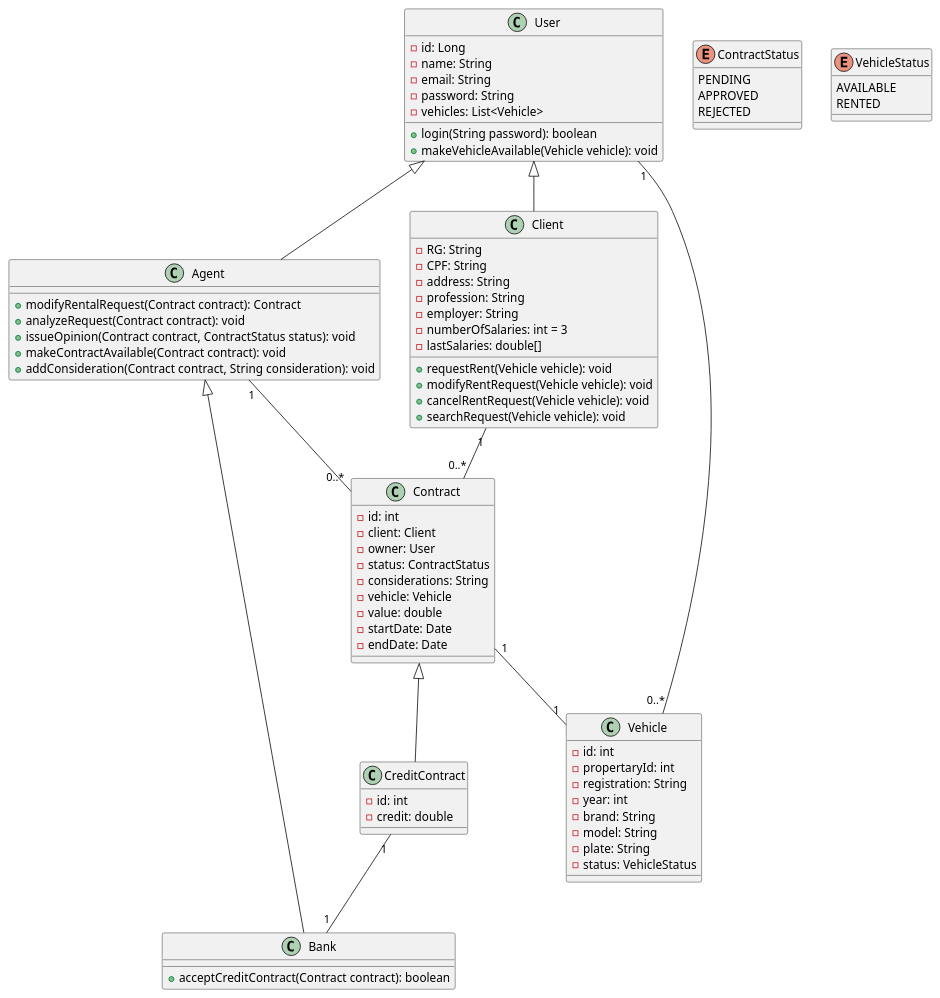
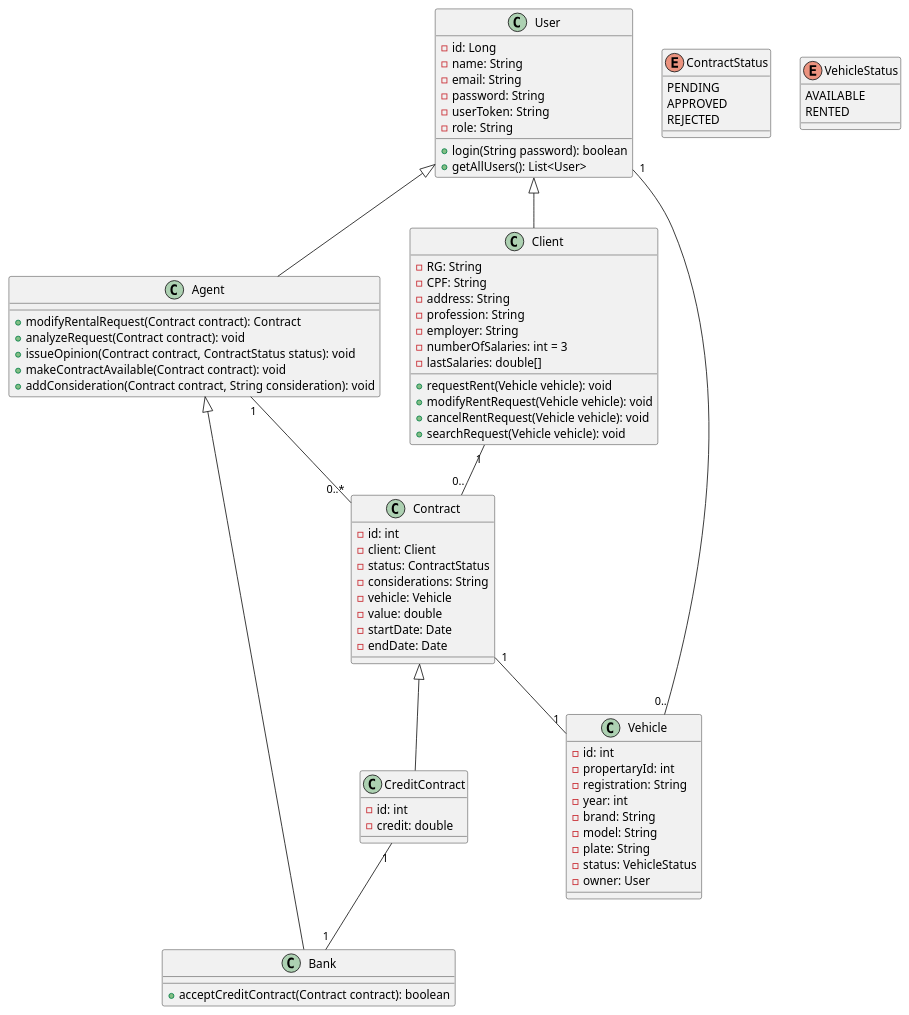
One commit to migueltico2/laboratorio-de-desenvolvimento-de-software changed the diagram in projeto 2/project/classDiagram.plantuml. Above: the diagram before and after it, drawn with PlantUML. The commit also changed 1 other file, not shown here.

Commit message:
add diagrams

```diff
--- a/projeto 2/project/classDiagram.plantuml
+++ b/projeto 2/project/classDiagram.plantuml
@@ -1,88 +1,89 @@
 @startuml
 
 class User {
     -id: Long
     -name: String
     -email: String
     -password: String
-    -vehicles: List<Vehicle>
+    -userToken: String
+    -role: String
     +login(String password): boolean
-    +makeVehicleAvailable(Vehicle vehicle): void
+    +getAllUsers(): List<User>
 }
 
 class Client {
     -RG: String
     -CPF: String
     -address: String
     -profession: String
     -employer: String
     -numberOfSalaries: int = 3
     -lastSalaries: double[]
     +requestRent(Vehicle vehicle): void
     +modifyRentRequest(Vehicle vehicle): void
     +cancelRentRequest(Vehicle vehicle): void
     +searchRequest(Vehicle vehicle): void
 }
 
 
 class Agent {
     +modifyRentalRequest(Contract contract): Contract
     +analyzeRequest(Contract contract): void
     +issueOpinion(Contract contract, ContractStatus status): void
     +makeContractAvailable(Contract contract): void
     +addConsideration(Contract contract, String consideration): void
 }
 
 class Bank {
     +acceptCreditContract(Contract contract): boolean
 }
 
 class Contract {
     -id: int
     -client: Client
-    -owner: User
     -status: ContractStatus
     -considerations: String
     -vehicle: Vehicle
     -value: double
     -startDate: Date
     -endDate: Date
 }
  
 class CreditContract {
     -id: int
     -credit: double
 }
 
 class Vehicle {
     -id: int
     -propertaryId: int
     -registration: String
     -year: int
     -brand: String
     -model: String
     -plate: String
     -status: VehicleStatus
+    -owner: User
 }
 
 enum ContractStatus {
     PENDING
     APPROVED
     REJECTED
 }
 
 enum VehicleStatus {
     AVAILABLE
     RENTED
 }
 
 User <|-- Agent
 User <|-- Client
-User "1" -- "0..*" Vehicle
+User "1" -- "0.." Vehicle
 Contract <|-- CreditContract
-Client "1" -- "0..*" Contract
+Client "1" -- "0.." Contract
 CreditContract "1" -- "1" Bank
 Contract "1" -- "1" Vehicle
 Agent <|-- Bank
 Agent "1" -- "0..*" Contract
 @enduml
```
